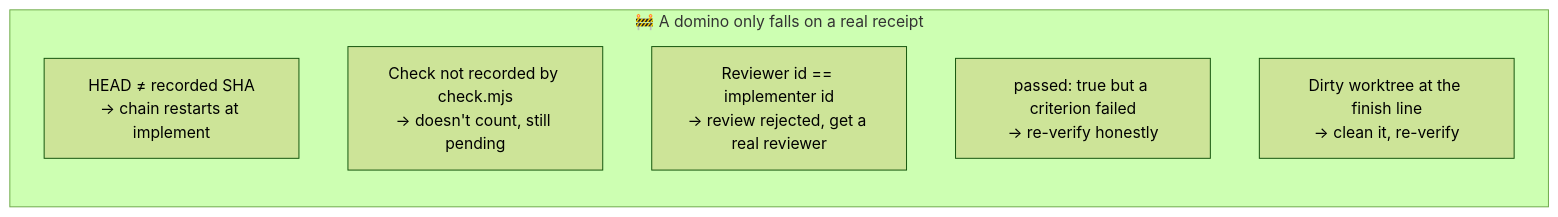
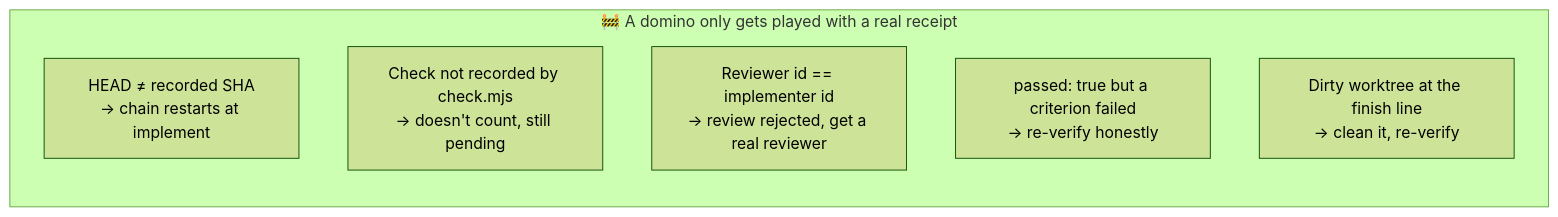
One commit to salmanrrana/bones changed the second of 2 diagrams in README.md. Above: the diagram before and after it, drawn with Mermaid (forest theme). The commit also changed other lines of this file, not shown here.

````diff
--- a/README.md
+++ b/README.md
@@ -81,10 +82,10 @@
 ```mermaid
 flowchart LR
-    subgraph GATES["🚧 A domino only falls on a real receipt"]
+    subgraph GATES["🚧 A domino only gets played with a real receipt"]
         G1["HEAD ≠ recorded SHA<br/>→ chain restarts at implement"]
         G2["Check not recorded by check.mjs<br/>→ doesn't count, still pending"]
         G3["Reviewer id == implementer id<br/>→ review rejected, get a real reviewer"]
         G4["passed: true but a criterion failed<br/>→ re-verify honestly"]
         G5["Dirty worktree at the finish line<br/>→ clean it, re-verify"]
     end
 ```
````
